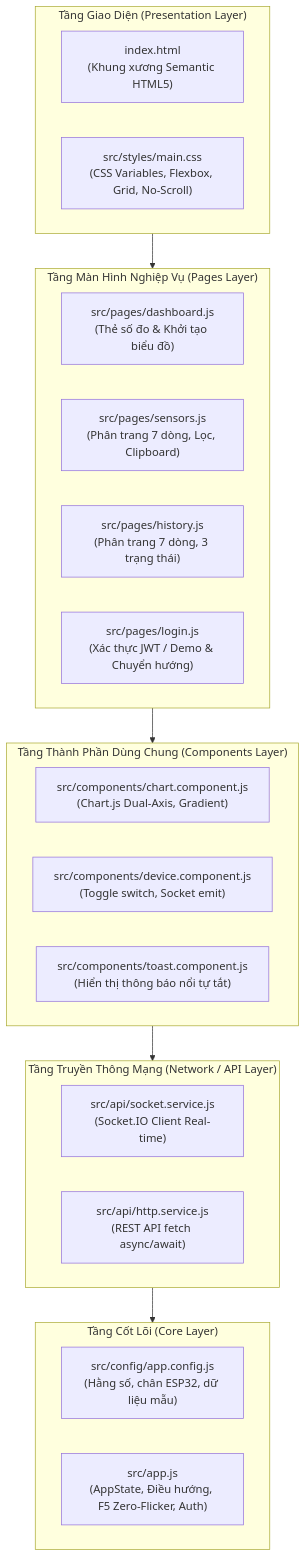
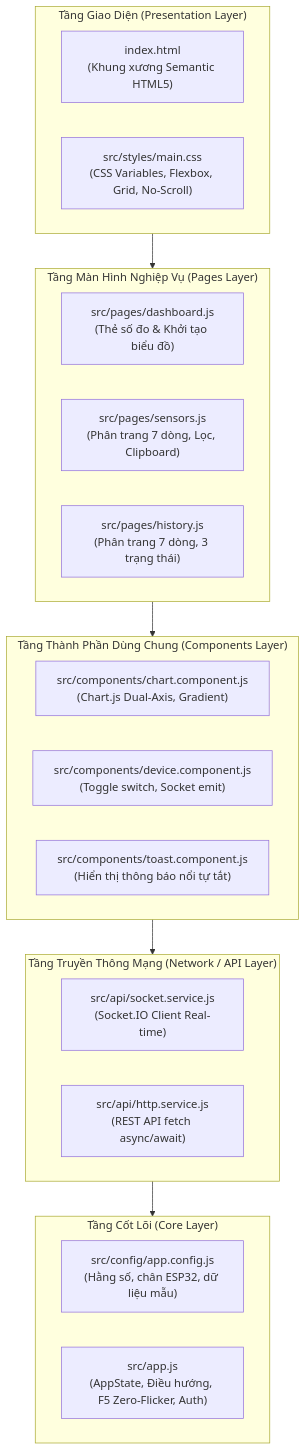
One commit to ninhdt175/ProjectIOT changed the first of 2 diagrams in Giai_Thich_Chi_Tiet_Code_Frontend.md. Above: the diagram before and after it, drawn with Mermaid. The commit also changed other lines of this file and 6 other files, not shown here.

Commit message:
feat(frontend): remove login page, authentication logic, and demo accounts

````diff
--- a/Giai_Thich_Chi_Tiet_Code_Frontend.md
+++ b/Giai_Thich_Chi_Tiet_Code_Frontend.md
@@ -39,35 +38,34 @@
 ```mermaid
 flowchart TD
     subgraph UI ["Tầng Giao Diện (Presentation Layer)"]
         Index["index.html<br>(Khung xương Semantic HTML5)"]
         MainCSS["src/styles/main.css<br>(CSS Variables, Flexbox, Grid, No-Scroll)"]
     end
 
     subgraph Pages ["Tầng Màn Hình Nghiệp Vụ (Pages Layer)"]
         P_Dash["src/pages/dashboard.js<br>(Thẻ số đo & Khởi tạo biểu đồ)"]
         P_Sens["src/pages/sensors.js<br>(Phân trang 7 dòng, Lọc, Clipboard)"]
         P_Hist["src/pages/history.js<br>(Phân trang 7 dòng, 3 trạng thái)"]
-        P_Log["src/pages/login.js<br>(Xác thực JWT / Demo & Chuyển hướng)"]
     end
 
     subgraph Components ["Tầng Thành Phần Dùng Chung (Components Layer)"]
         C_Chart["src/components/chart.component.js<br>(Chart.js Dual-Axis, Gradient)"]
         C_Dev["src/components/device.component.js<br>(Toggle switch, Socket emit)"]
         C_Toast["src/components/toast.component.js<br>(Hiển thị thông báo nổi tự tắt)"]
     end
 
     subgraph Network ["Tầng Truyền Thông Mạng (Network / API Layer)"]
         API_Sock["src/api/socket.service.js<br>(Socket.IO Client Real-time)"]
         API_Http["src/api/http.service.js<br>(REST API fetch async/await)"]
     end
 
     subgraph Core ["Tầng Cốt Lõi (Core Layer)"]
         Config["src/config/app.config.js<br>(Hằng số, chân ESP32, dữ liệu mẫu)"]
         App["src/app.js<br>(AppState, Điều hướng, F5 Zero-Flicker, Auth)"]
     end
 
     UI --> Pages
     Pages --> Components
     Components --> Network
     Network --> Core
 ```
````
